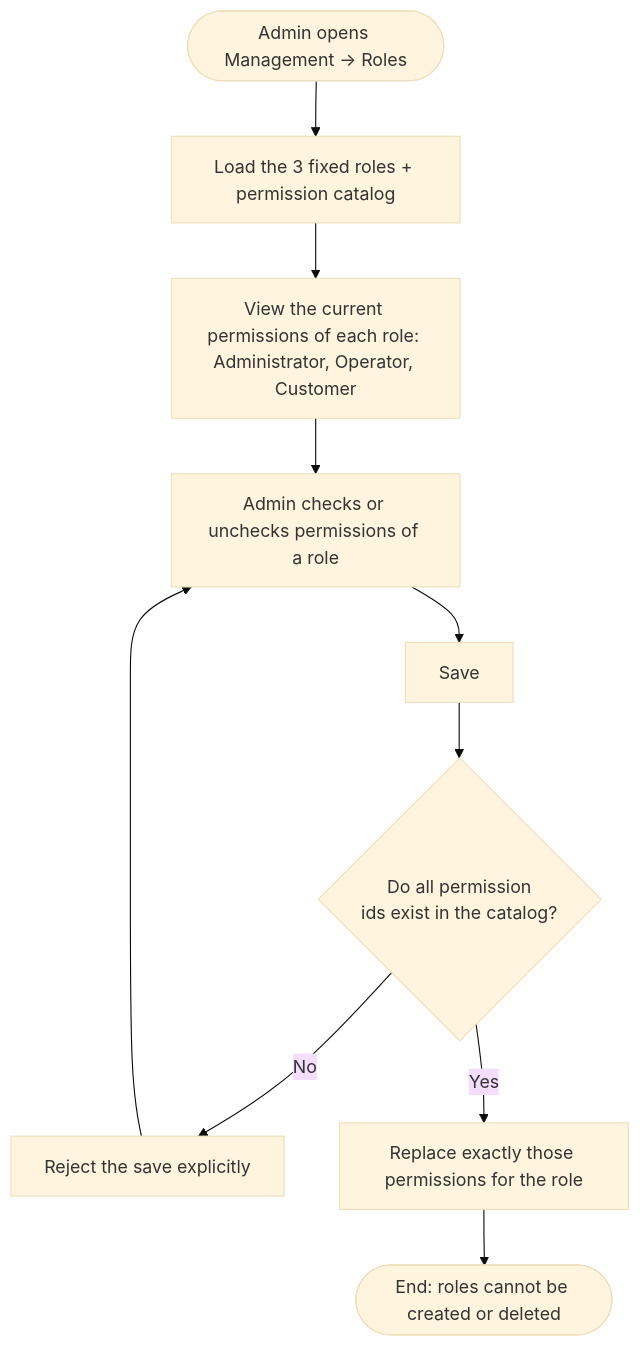
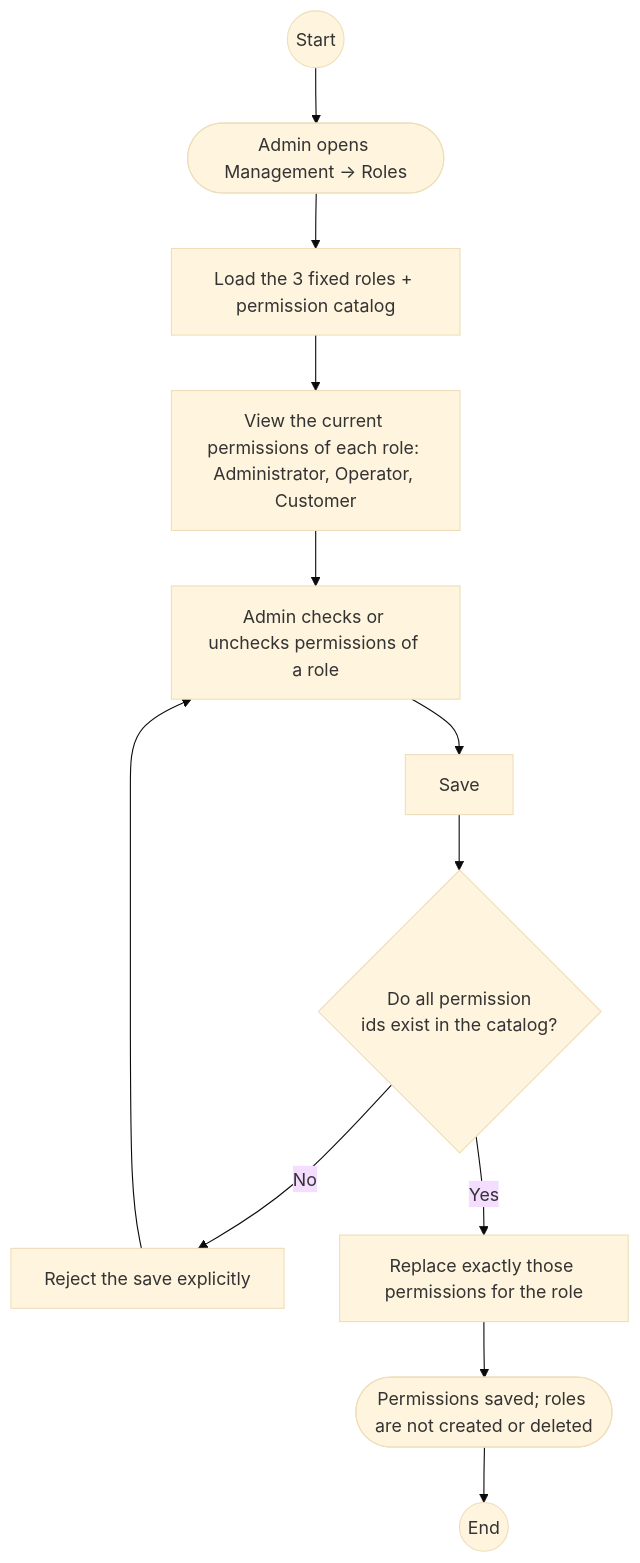
Before and after one commit to BrayanCABRERA123/lavarapido-docs: diagram 20 of 26 in 02_DOCUMENTACION_DE_ANALISIS_DEL_SOFTWARE/EN/MD/software-analysis-documentation.md, drawn with Mermaid (base theme). The commit also changed other lines of this file and 5 other files, not shown here.

Commit message:
docs(analysis): clean the activity, sequence and state diagrams after a second visual review

````diff
--- a/02_DOCUMENTACION_DE_ANALISIS_DEL_SOFTWARE/EN/MD/software-analysis-documentation.md
+++ b/02_DOCUMENTACION_DE_ANALISIS_DEL_SOFTWARE/EN/MD/software-analysis-documentation.md
@@ -800,12 +803,14 @@
 ```mermaid
 flowchart TD
+    start0((Start)) --> start
     start([Admin opens Management → Roles]) --> load[Load the 3 fixed roles + permission catalog]
     load --> view[View the current permissions of each role: Administrator, Operator, Customer]
     view --> edit[Admin checks or unchecks permissions of a role]
     edit --> save[Save]
     save --> valid{Do all permission<br/>ids exist in the catalog?}
     valid -->|No| reject[Reject the save explicitly]
     reject --> edit
     valid -->|Yes| replace[Replace exactly those permissions for the role]
-    replace --> stop([End: roles cannot be created or deleted])
+    replace --> stop([Permissions saved; roles are not created or deleted])
+    stop --> stopx((End))
 ```
````
